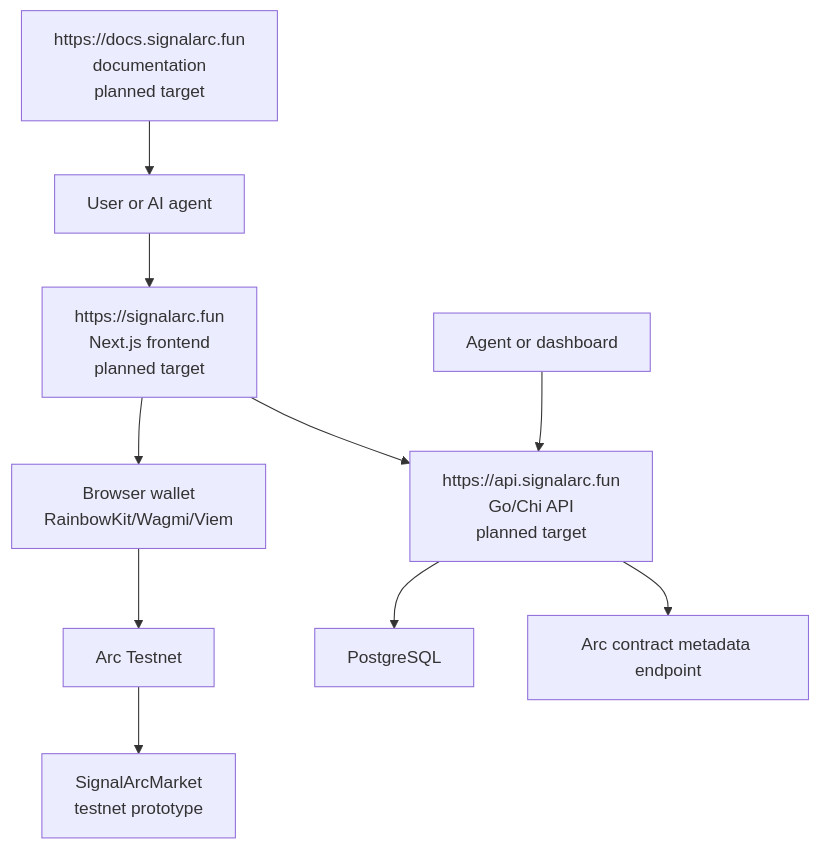
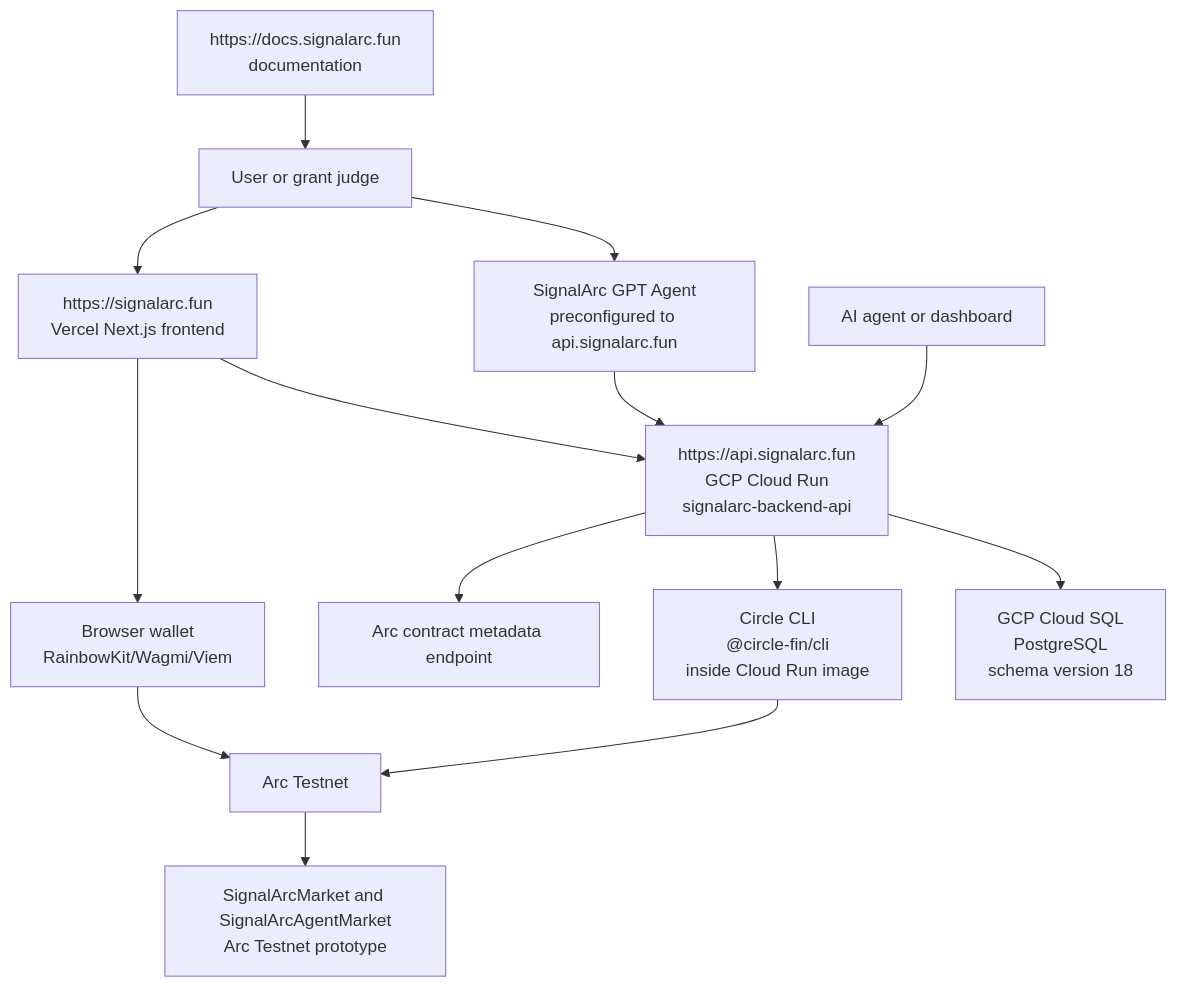
Before and after one commit to wahyu241205/SignalArc: the first of 2 diagrams in docs/ARCHITECTURE.md, drawn with Mermaid. The commit also changed other lines of this file and 13 other files, not shown here.

````diff
--- a/docs/ARCHITECTURE.md
+++ b/docs/ARCHITECTURE.md
@@ -7,12 +7,16 @@
 ```mermaid
 flowchart TD
-  User["User or AI agent"] --> Frontend["https://signalarc.fun<br/>Next.js frontend<br/>planned target"]
-  Agent["Agent or dashboard"] --> API["https://api.signalarc.fun<br/>Go/Chi API<br/>planned target"]
+  User["User or grant judge"] --> GPT["SignalArc GPT Agent<br/>preconfigured to api.signalarc.fun"]
+  User --> Frontend["https://signalarc.fun<br/>Vercel Next.js frontend"]
+  Agent["AI agent or dashboard"] --> API["https://api.signalarc.fun<br/>GCP Cloud Run<br/>signalarc-backend-api"]
+  GPT --> API
   Frontend --> API
   Frontend --> Wallet["Browser wallet<br/>RainbowKit/Wagmi/Viem"]
   Wallet --> Arc["Arc Testnet"]
-  API --> Postgres["PostgreSQL"]
+  API --> Postgres["GCP Cloud SQL<br/>PostgreSQL<br/>schema version 18"]
+  API --> CircleCLI["Circle CLI<br/>@circle-fin/cli<br/>inside Cloud Run image"]
+  CircleCLI --> Arc
   API --> ContractMeta["Arc contract metadata endpoint"]
-  Docs["https://docs.signalarc.fun<br/>documentation<br/>planned target"] --> User
-  Arc --> Contract["SignalArcMarket<br/>testnet prototype"]
+  Docs["https://docs.signalarc.fun<br/>documentation"] --> User
+  Arc --> Contract["SignalArcMarket and SignalArcAgentMarket<br/>Arc Testnet prototype"]
 ```
````
